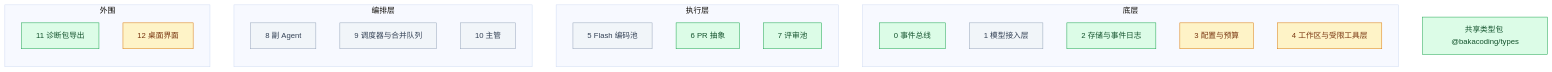
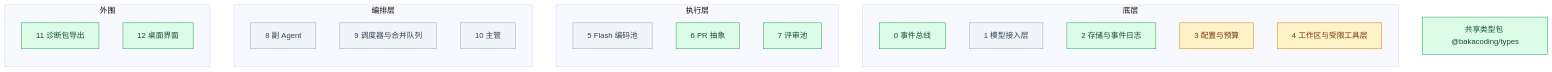
Before and after one commit to Akarin7784/BakaCoding: the diagram in docs/progress.md, drawn with Mermaid (base theme). The commit also changed other lines of this file, not shown here.

Commit message:
docs: progress.md 更新 #29（T-027）合入记录与 main 测试数

````diff
--- a/docs/progress.md
+++ b/docs/progress.md
@@ -11,33 +11,33 @@
 ```mermaid
 flowchart BT
   subgraph 底层
     M0[0 事件总线]
     M1[1 模型接入层]
     M2[2 存储与事件日志]
     M3[3 配置与预算]
     M4[4 工作区与受限工具层]
   end
   subgraph 执行层
     M5[5 Flash 编码池]
     M6[6 PR 抽象]
     M7[7 评审池]
   end
   subgraph 编排层
     M8[8 副 Agent]
     M9[9 调度器与合并队列]
     M10[10 主管]
   end
   subgraph 外围
     M11[11 诊断包导出]
     M12[12 桌面界面]
   end
   T[共享类型包 @bakacoding/types]
 
   classDef todo fill:#f1f5f9,stroke:#94a3b8,color:#334155
   classDef doing fill:#fef3c7,stroke:#d97706,color:#78350f
   classDef done fill:#dcfce7,stroke:#16a34a,color:#14532d
 
-  class M0,M2,M6,M7,M11,T done
-  class M3,M4,M12 doing
+  class M0,M2,M6,M7,M11,M12,T done
+  class M3,M4 doing
   class M1,M5,M8,M9,M10 todo
 ```
````
